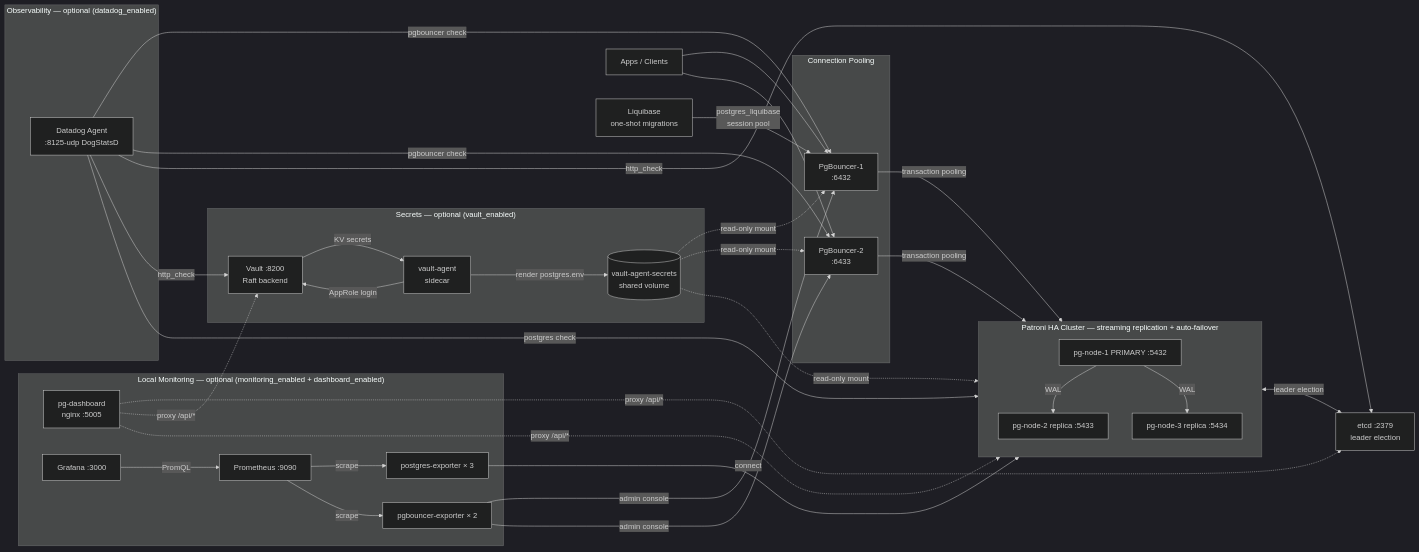
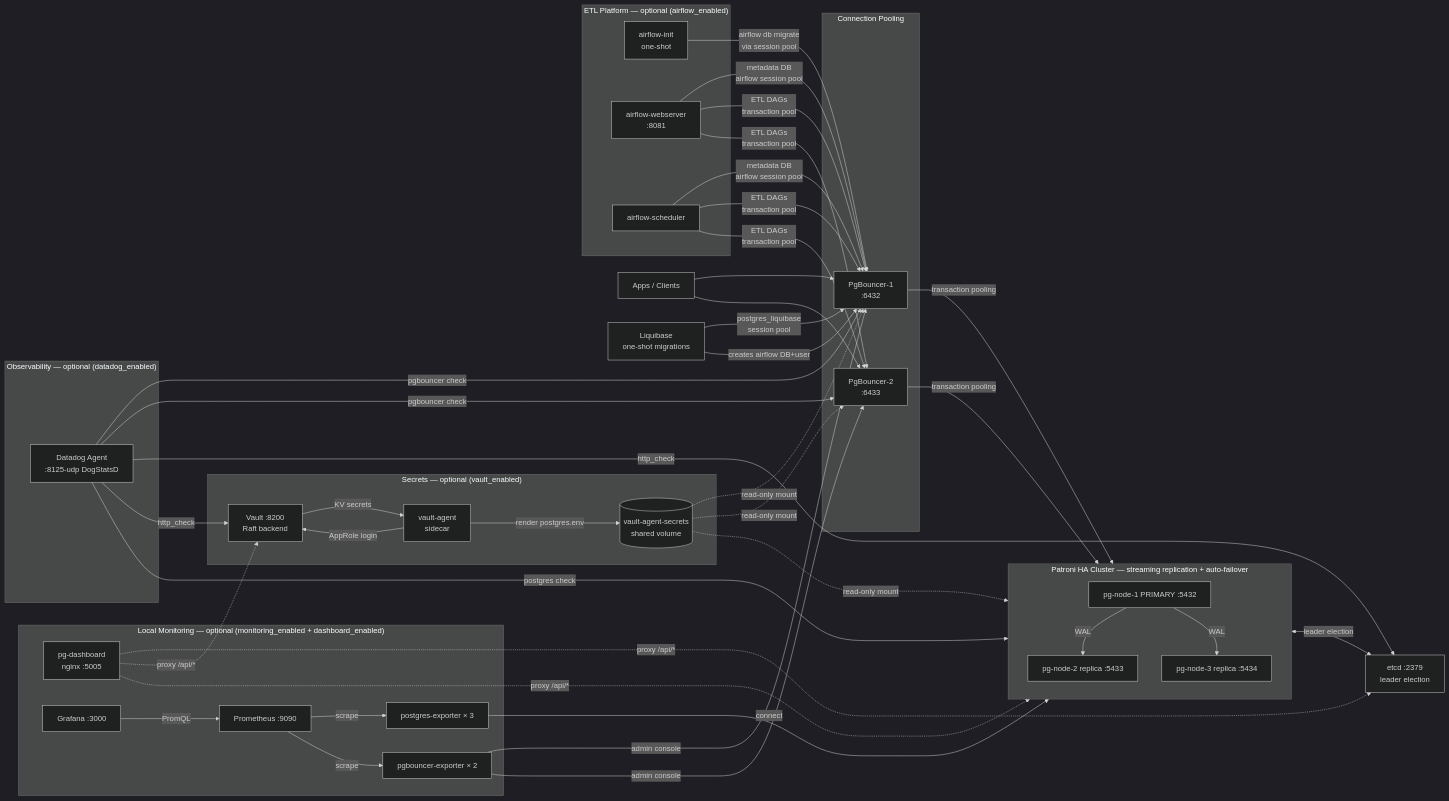
One commit to venkatajangala/terraform-docker-container-postgres changed the diagram in CLAUDE.md. Above: the diagram before and after it, drawn with Mermaid (dark theme). The commit also changed other lines of this file and 20 other files, not shown here.

First line of the commit message:
feat: integrate Apache Airflow ETL platform with Patroni HA PostgreSQL

````diff
--- a/CLAUDE.md
+++ b/CLAUDE.md
@@ -113,55 +145,66 @@
 ```mermaid
 graph LR
     APP["Apps / Clients"]
 
     subgraph POOL["Connection Pooling"]
         PGB1["PgBouncer-1\n:6432"]
         PGB2["PgBouncer-2\n:6433"]
     end
 
     subgraph PGHA["Patroni HA Cluster — streaming replication + auto-failover"]
         PG1["pg-node-1 PRIMARY :5432"]
         PG2["pg-node-2 replica  :5433"]
         PG3["pg-node-3 replica  :5434"]
     end
 
     ETCD["etcd :2379\nleader election"]
     LB["Liquibase\none-shot migrations"]
 
     subgraph SECRETS["Secrets — optional (vault_enabled)"]
         VAULT["Vault :8200\nRaft backend"]
         AGENT["vault-agent\nsidecar"]
         SVOL[("vault-agent-secrets\nshared volume")]
     end
 
     subgraph OBS["Observability — optional (datadog_enabled)"]
         DD["Datadog Agent\n:8125-udp DogStatsD"]
     end
 
     subgraph MON["Local Monitoring — optional (monitoring_enabled + dashboard_enabled)"]
         DASH["pg-dashboard\nnginx :5005"]
         PROM["Prometheus :9090"]
         GRAF["Grafana :3000"]
         PGE["postgres-exporter × 3"]
         PGBE["pgbouncer-exporter × 2"]
     end
 
+    subgraph ETL["ETL Platform — optional (airflow_enabled)"]
+        AFINIT["airflow-init\none-shot"]
+        AFWEB["airflow-webserver\n:8081"]
+        AFSCHED["airflow-scheduler"]
+    end
+
     APP --> PGB1 & PGB2
     PGB1 & PGB2 -->|transaction pooling| PGHA
     PG1 -->|WAL| PG2 & PG3
     PGHA <-->|leader election| ETCD
     LB -->|postgres_liquibase\nsession pool| PGB1
     AGENT -->|AppRole login| VAULT
     VAULT -->|KV secrets| AGENT
     AGENT -->|render postgres.env| SVOL
     SVOL -. "read-only mount" .-> PGHA
     SVOL -. "read-only mount" .-> PGB1 & PGB2
     DD -->|postgres check| PGHA
     DD -->|pgbouncer check| PGB1 & PGB2
     DD -->|http_check| ETCD & VAULT
     PGE -->|connect| PGHA
     PGBE -->|admin console| PGB1 & PGB2
     PROM -->|scrape| PGE & PGBE
     GRAF -->|PromQL| PROM
     DASH -. "proxy /api/*" .-> PGHA & ETCD & VAULT
+    LB -->|creates airflow DB+user| PGB1
+    AFINIT -->|airflow db migrate\nvia session pool| PGB1
+    AFWEB -->|metadata DB\nairflow session pool| PGB1
+    AFSCHED -->|metadata DB\nairflow session pool| PGB1
+    AFWEB & AFSCHED -->|ETL DAGs\ntransaction pool| PGB1 & PGB2
 ```
````
